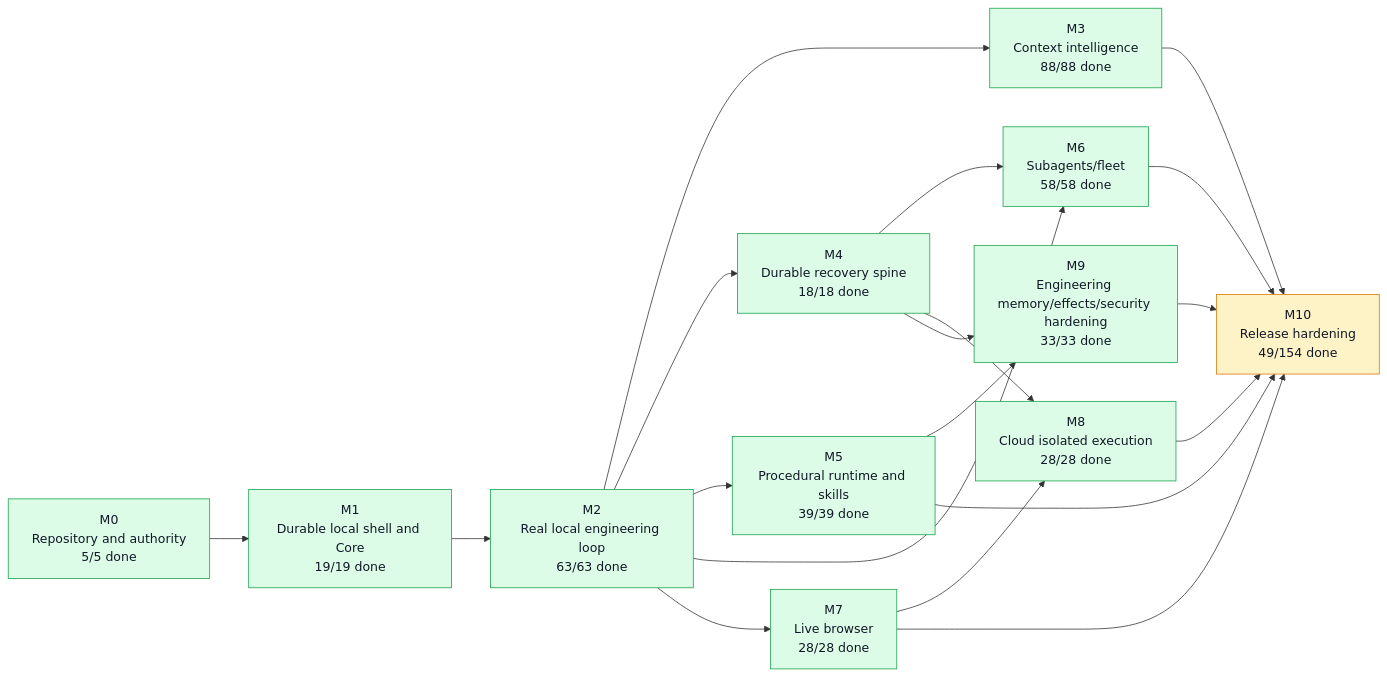
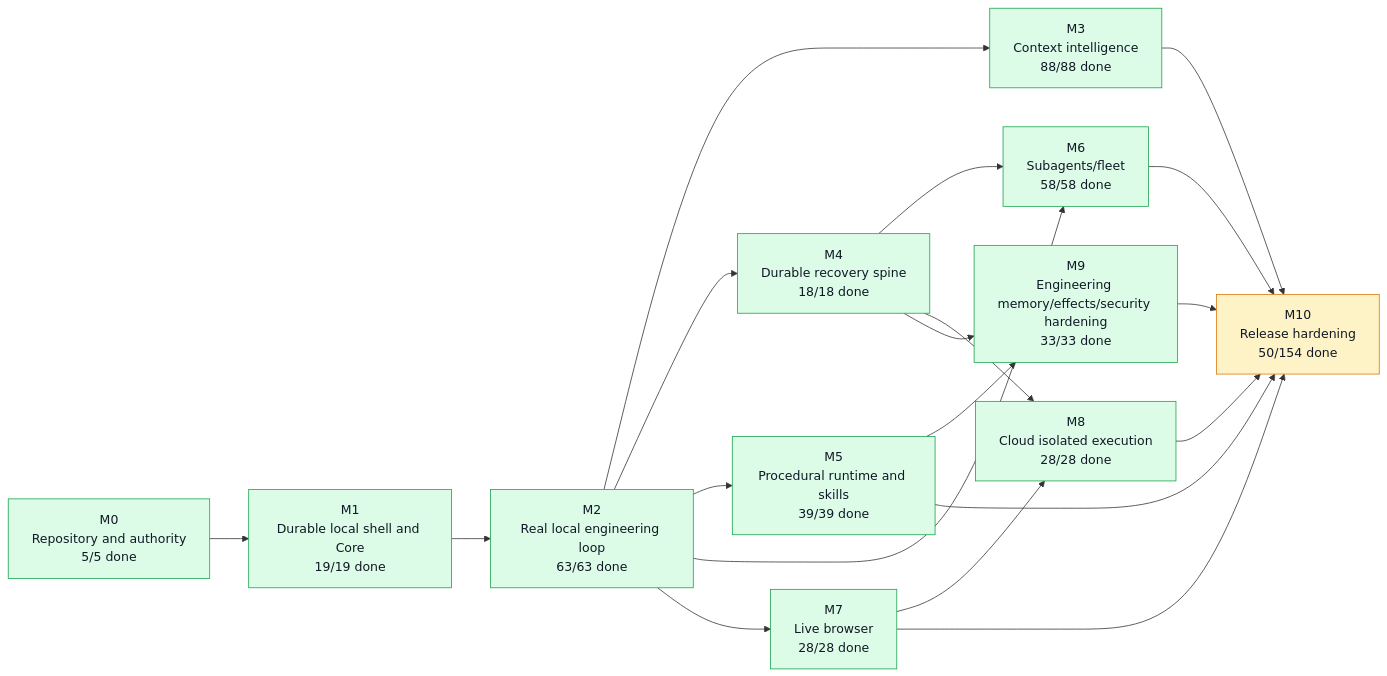
Before and after one commit to moss101/modbit: the first of 5 diagrams in graph/PROJECT_GRAPH.md, drawn with Mermaid. The commit also changed other lines of this file and 6 other files, not shown here.

````diff
--- a/graph/PROJECT_GRAPH.md
+++ b/graph/PROJECT_GRAPH.md
@@ -57,43 +57,43 @@
 ```mermaid
 flowchart LR
   M0["M0<br/>Repository and authority<br/>5/5 done"]
   M1["M1<br/>Durable local shell and Core<br/>19/19 done"]
   M2["M2<br/>Real local engineering loop<br/>63/63 done"]
   M3["M3<br/>Context intelligence<br/>88/88 done"]
   M4["M4<br/>Durable recovery spine<br/>18/18 done"]
   M5["M5<br/>Procedural runtime and skills<br/>39/39 done"]
   M6["M6<br/>Subagents/fleet<br/>58/58 done"]
   M7["M7<br/>Live browser<br/>28/28 done"]
   M8["M8<br/>Cloud isolated execution<br/>28/28 done"]
   M9["M9<br/>Engineering memory/effects/security hardening<br/>33/33 done"]
-  M10["M10<br/>Release hardening<br/>49/154 done"]
+  M10["M10<br/>Release hardening<br/>50/154 done"]
   M0 --> M1
   M1 --> M2
   M2 --> M3
   M2 --> M4
   M2 --> M5
   M2 --> M6
   M4 --> M6
   M2 --> M7
   M4 --> M8
   M7 --> M8
   M4 --> M9
   M5 --> M9
   M3 --> M10
   M5 --> M10
   M6 --> M10
   M7 --> M10
   M8 --> M10
   M9 --> M10
   style M0 fill:#dcfce7,stroke:#16a34a,color:#111827
   style M1 fill:#dcfce7,stroke:#16a34a,color:#111827
   style M2 fill:#dcfce7,stroke:#16a34a,color:#111827
   style M3 fill:#dcfce7,stroke:#16a34a,color:#111827
   style M4 fill:#dcfce7,stroke:#16a34a,color:#111827
   style M5 fill:#dcfce7,stroke:#16a34a,color:#111827
   style M6 fill:#dcfce7,stroke:#16a34a,color:#111827
   style M7 fill:#dcfce7,stroke:#16a34a,color:#111827
   style M8 fill:#dcfce7,stroke:#16a34a,color:#111827
   style M9 fill:#dcfce7,stroke:#16a34a,color:#111827
   style M10 fill:#fef3c7,stroke:#d97706,color:#111827
 ```
````
